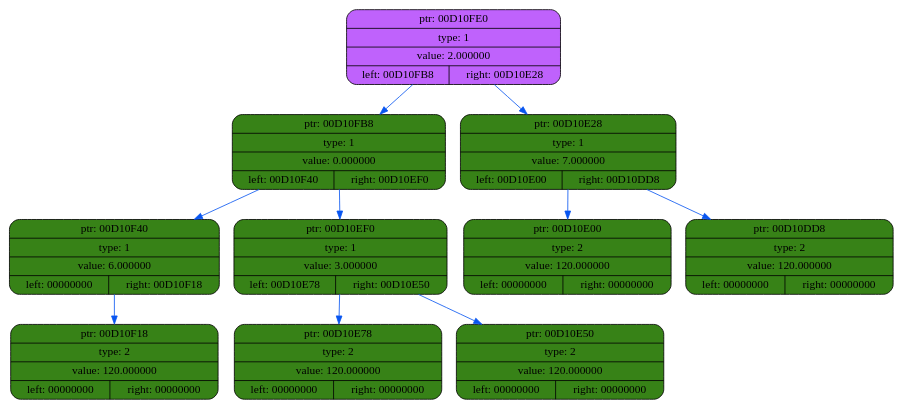
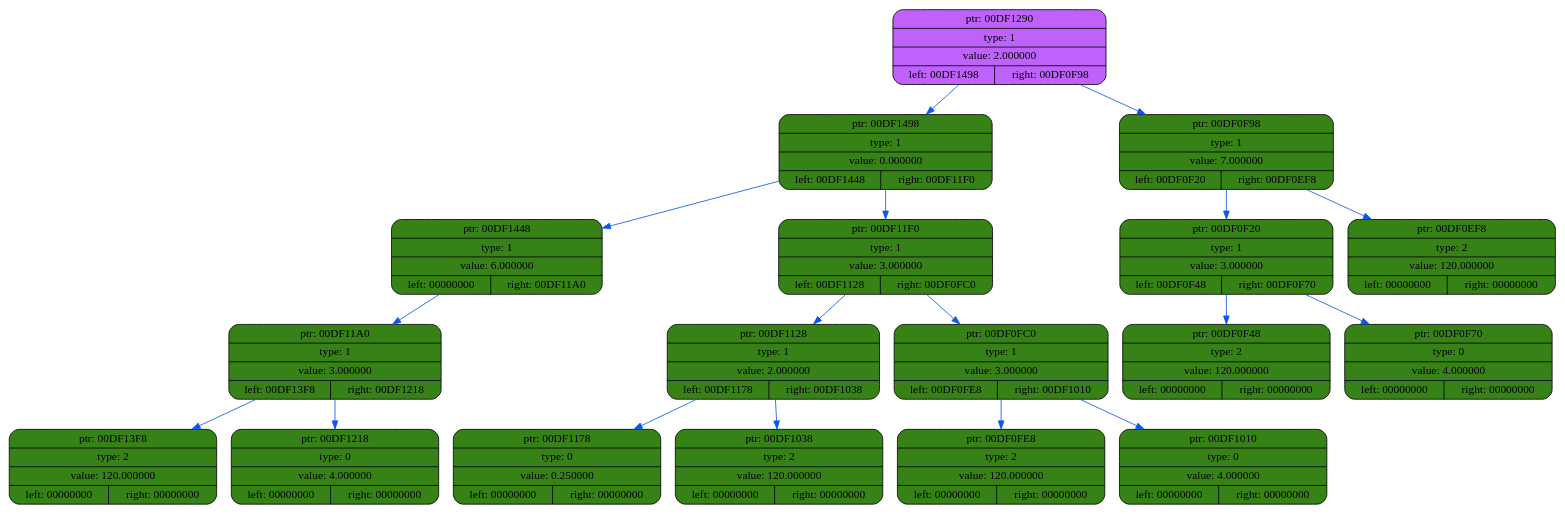
Before and after one commit to coffee8cat/differentiator: the diagram in dump/dump5.dot, drawn with Graphviz. The commit also changed 22 other files, not shown here.

```diff
--- a/dump/dump5.dot
+++ b/dump/dump5.dot
@@ -1,24 +1,40 @@
 digraph
 {
     rankdir=TP
 
-        node00D10FE0[shape=record,style="rounded,filled",fillcolor="#BF62FC",label="{ ptr: 00D10FE0 | type: 1 | value: 2.000000| { left: 00D10FB8 | right: 00D10E28 }}"];
-    node00D10FE0 -> node00D10FB8[color="#0855F0"]
-    node00D10FB8[shape=record,style="rounded,filled",fillcolor="#378217",label="{ ptr: 00D10FB8 | type: 1 | value: 0.000000| { left: 00D10F40 | right: 00D10EF0 }}"];
-    node00D10FB8 -> node00D10F40[color="#0855F0"]
-    node00D10F40[shape=record,style="rounded,filled",fillcolor="#378217",label="{ ptr: 00D10F40 | type: 1 | value: 6.000000| { left: 00000000 | right: 00D10F18 }}"];
-    node00D10F40 -> node00D10F18[color="#0855F0"]
-    node00D10F18[shape=record,style="rounded,filled",fillcolor="#378217",label="{ ptr: 00D10F18 | type: 2 | value: 120.000000| { left: 00000000 | right: 00000000 }}"];
-    node00D10FB8 -> node00D10EF0[color="#0855F0"]
-    node00D10EF0[shape=record,style="rounded,filled",fillcolor="#378217",label="{ ptr: 00D10EF0 | type: 1 | value: 3.000000| { left: 00D10E78 | right: 00D10E50 }}"];
-    node00D10EF0 -> node00D10E78[color="#0855F0"]
-    node00D10E78[shape=record,style="rounded,filled",fillcolor="#378217",label="{ ptr: 00D10E78 | type: 2 | value: 120.000000| { left: 00000000 | right: 00000000 }}"];
-    node00D10EF0 -> node00D10E50[color="#0855F0"]
-    node00D10E50[shape=record,style="rounded,filled",fillcolor="#378217",label="{ ptr: 00D10E50 | type: 2 | value: 120.000000| { left: 00000000 | right: 00000000 }}"];
-    node00D10FE0 -> node00D10E28[color="#0855F0"]
-    node00D10E28[shape=record,style="rounded,filled",fillcolor="#378217",label="{ ptr: 00D10E28 | type: 1 | value: 7.000000| { left: 00D10E00 | right: 00D10DD8 }}"];
-    node00D10E28 -> node00D10E00[color="#0855F0"]
-    node00D10E00[shape=record,style="rounded,filled",fillcolor="#378217",label="{ ptr: 00D10E00 | type: 2 | value: 120.000000| { left: 00000000 | right: 00000000 }}"];
-    node00D10E28 -> node00D10DD8[color="#0855F0"]
-    node00D10DD8[shape=record,style="rounded,filled",fillcolor="#378217",label="{ ptr: 00D10DD8 | type: 2 | value: 120.000000| { left: 00000000 | right: 00000000 }}"];
+        node00DF1290[shape=record,style="rounded,filled",fillcolor="#BF62FC",label="{ ptr: 00DF1290 | type: 1 | value: 2.000000| { left: 00DF1498 | right: 00DF0F98 }}"];
+    node00DF1290 -> node00DF1498[color="#0855F0"]
+    node00DF1498[shape=record,style="rounded,filled",fillcolor="#378217",label="{ ptr: 00DF1498 | type: 1 | value: 0.000000| { left: 00DF1448 | right: 00DF11F0 }}"];
+    node00DF1498 -> node00DF1448[color="#0855F0"]
+    node00DF1448[shape=record,style="rounded,filled",fillcolor="#378217",label="{ ptr: 00DF1448 | type: 1 | value: 6.000000| { left: 00000000 | right: 00DF11A0 }}"];
+    node00DF1448 -> node00DF11A0[color="#0855F0"]
+    node00DF11A0[shape=record,style="rounded,filled",fillcolor="#378217",label="{ ptr: 00DF11A0 | type: 1 | value: 3.000000| { left: 00DF13F8 | right: 00DF1218 }}"];
+    node00DF11A0 -> node00DF13F8[color="#0855F0"]
+    node00DF13F8[shape=record,style="rounded,filled",fillcolor="#378217",label="{ ptr: 00DF13F8 | type: 2 | value: 120.000000| { left: 00000000 | right: 00000000 }}"];
+    node00DF11A0 -> node00DF1218[color="#0855F0"]
+    node00DF1218[shape=record,style="rounded,filled",fillcolor="#378217",label="{ ptr: 00DF1218 | type: 0 | value: 4.000000| { left: 00000000 | right: 00000000 }}"];
+    node00DF1498 -> node00DF11F0[color="#0855F0"]
+    node00DF11F0[shape=record,style="rounded,filled",fillcolor="#378217",label="{ ptr: 00DF11F0 | type: 1 | value: 3.000000| { left: 00DF1128 | right: 00DF0FC0 }}"];
+    node00DF11F0 -> node00DF1128[color="#0855F0"]
+    node00DF1128[shape=record,style="rounded,filled",fillcolor="#378217",label="{ ptr: 00DF1128 | type: 1 | value: 2.000000| { left: 00DF1178 | right: 00DF1038 }}"];
+    node00DF1128 -> node00DF1178[color="#0855F0"]
+    node00DF1178[shape=record,style="rounded,filled",fillcolor="#378217",label="{ ptr: 00DF1178 | type: 0 | value: 0.250000| { left: 00000000 | right: 00000000 }}"];
+    node00DF1128 -> node00DF1038[color="#0855F0"]
+    node00DF1038[shape=record,style="rounded,filled",fillcolor="#378217",label="{ ptr: 00DF1038 | type: 2 | value: 120.000000| { left: 00000000 | right: 00000000 }}"];
+    node00DF11F0 -> node00DF0FC0[color="#0855F0"]
+    node00DF0FC0[shape=record,style="rounded,filled",fillcolor="#378217",label="{ ptr: 00DF0FC0 | type: 1 | value: 3.000000| { left: 00DF0FE8 | right: 00DF1010 }}"];
+    node00DF0FC0 -> node00DF0FE8[color="#0855F0"]
+    node00DF0FE8[shape=record,style="rounded,filled",fillcolor="#378217",label="{ ptr: 00DF0FE8 | type: 2 | value: 120.000000| { left: 00000000 | right: 00000000 }}"];
+    node00DF0FC0 -> node00DF1010[color="#0855F0"]
+    node00DF1010[shape=record,style="rounded,filled",fillcolor="#378217",label="{ ptr: 00DF1010 | type: 0 | value: 4.000000| { left: 00000000 | right: 00000000 }}"];
+    node00DF1290 -> node00DF0F98[color="#0855F0"]
+    node00DF0F98[shape=record,style="rounded,filled",fillcolor="#378217",label="{ ptr: 00DF0F98 | type: 1 | value: 7.000000| { left: 00DF0F20 | right: 00DF0EF8 }}"];
+    node00DF0F98 -> node00DF0F20[color="#0855F0"]
+    node00DF0F20[shape=record,style="rounded,filled",fillcolor="#378217",label="{ ptr: 00DF0F20 | type: 1 | value: 3.000000| { left: 00DF0F48 | right: 00DF0F70 }}"];
+    node00DF0F20 -> node00DF0F48[color="#0855F0"]
+    node00DF0F48[shape=record,style="rounded,filled",fillcolor="#378217",label="{ ptr: 00DF0F48 | type: 2 | value: 120.000000| { left: 00000000 | right: 00000000 }}"];
+    node00DF0F20 -> node00DF0F70[color="#0855F0"]
+    node00DF0F70[shape=record,style="rounded,filled",fillcolor="#378217",label="{ ptr: 00DF0F70 | type: 0 | value: 4.000000| { left: 00000000 | right: 00000000 }}"];
+    node00DF0F98 -> node00DF0EF8[color="#0855F0"]
+    node00DF0EF8[shape=record,style="rounded,filled",fillcolor="#378217",label="{ ptr: 00DF0EF8 | type: 2 | value: 120.000000| { left: 00000000 | right: 00000000 }}"];
 }
```
